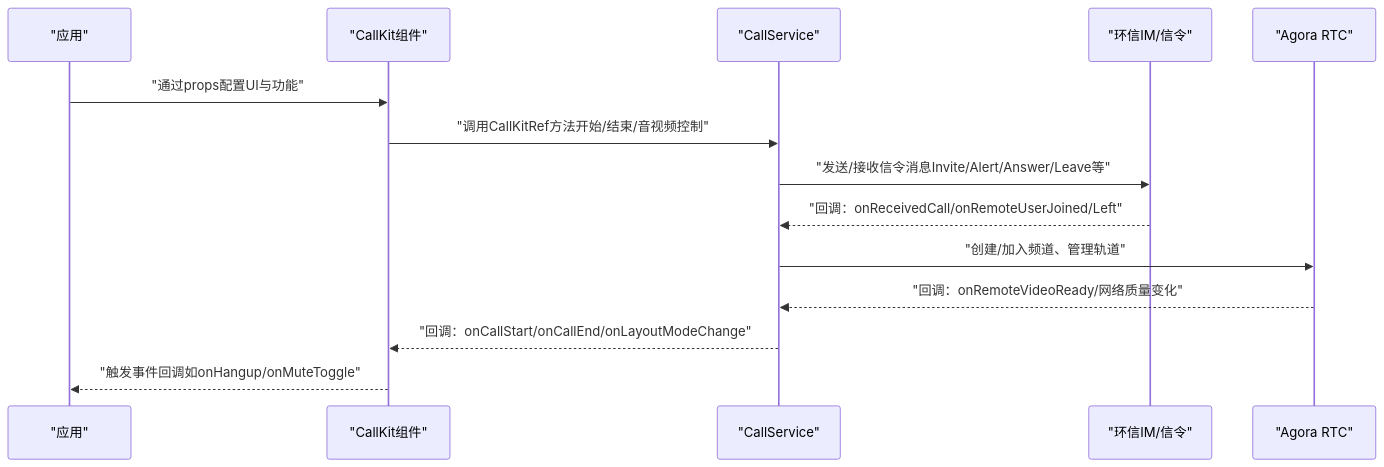
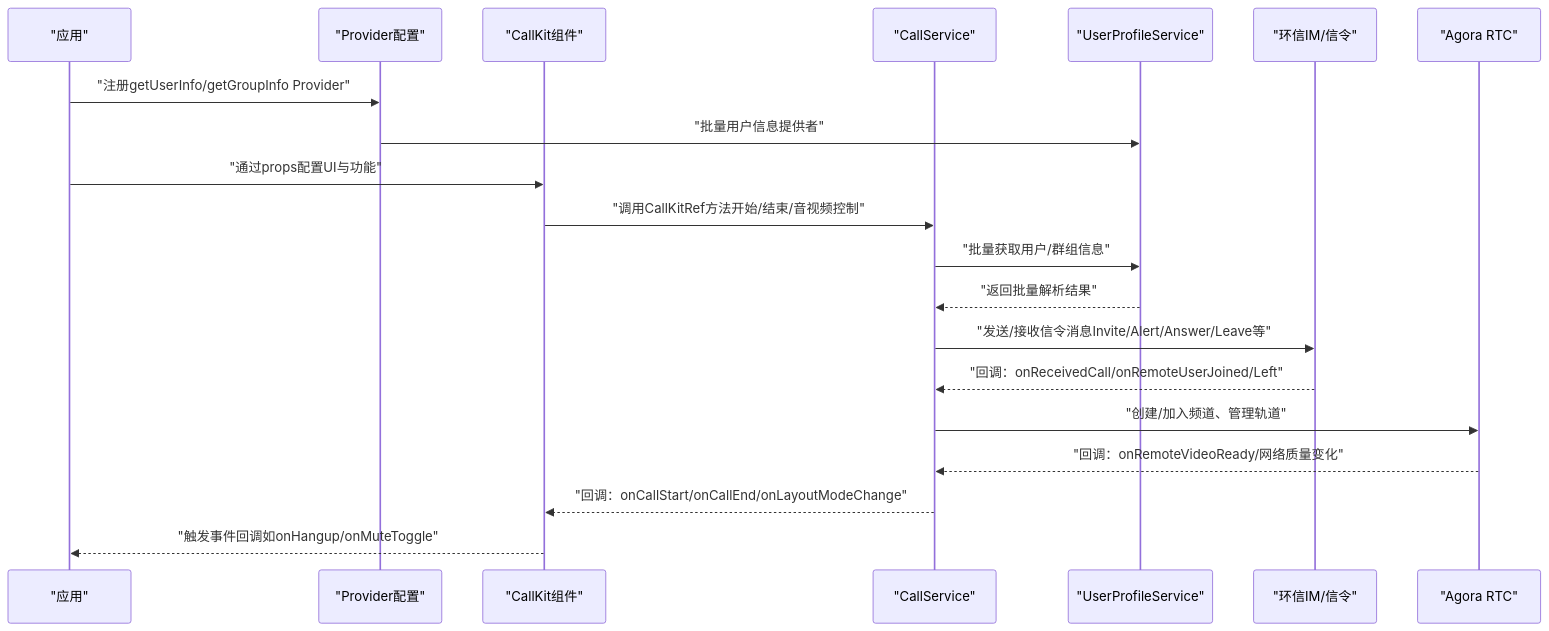
Before and after one commit to Easemob-Community/easemob-uikit-callkit-vue3: the second of 9 diagrams in .qoder/repowiki/zh/content/类型定义.md, drawn with Mermaid. The commit also changed other lines of this file and 15 other files, not shown here.

````diff
--- a/.qoder/repowiki/zh/content/类型定义.md
+++ b/.qoder/repowiki/zh/content/类型定义.md
@@ -138,16 +153,22 @@
 ```mermaid
 sequenceDiagram
 participant App as "应用"
+participant Provider as "Provider配置"
 participant CallKit as "CallKit组件"
 participant Service as "CallService"
+participant ProfileService as "UserProfileService"
 participant IM as "环信IM/信令"
 participant RTC as "Agora RTC"
+App->>Provider : "注册getUserInfo/getGroupInfo Provider"
+Provider->>ProfileService : "批量用户信息提供者"
 App->>CallKit : "通过props配置UI与功能"
 CallKit->>Service : "调用CallKitRef方法开始/结束/音视频控制"
+Service->>ProfileService : "批量获取用户/群组信息"
+ProfileService-->>Service : "返回批量解析结果"
 Service->>IM : "发送/接收信令消息Invite/Alert/Answer/Leave等"
 IM-->>Service : "回调：onReceivedCall/onRemoteUserJoined/Left"
 Service->>RTC : "创建/加入频道、管理轨道"
 RTC-->>Service : "回调：onRemoteVideoReady/网络质量变化"
 Service-->>CallKit : "回调：onCallStart/onCallEnd/onLayoutModeChange"
 CallKit-->>App : "触发事件回调如onHangup/onMuteToggle"
 ```
````
